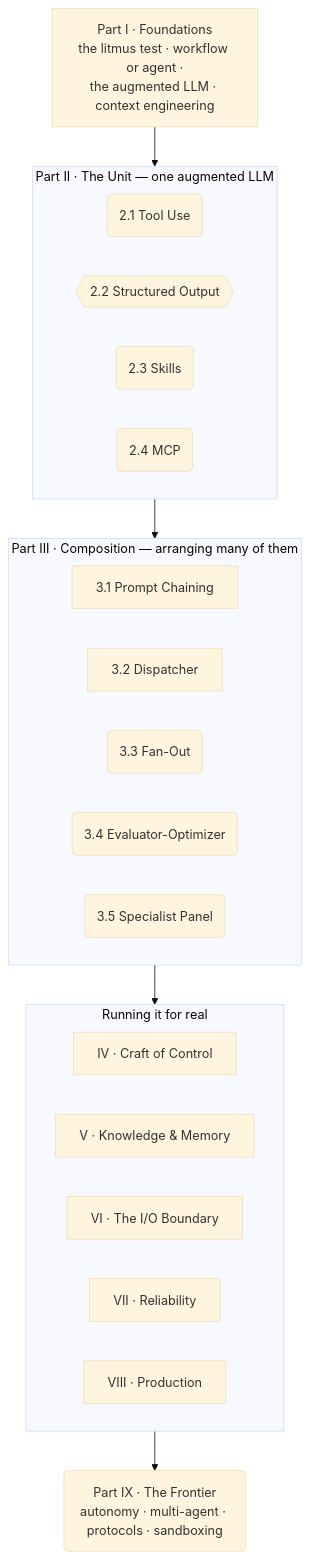
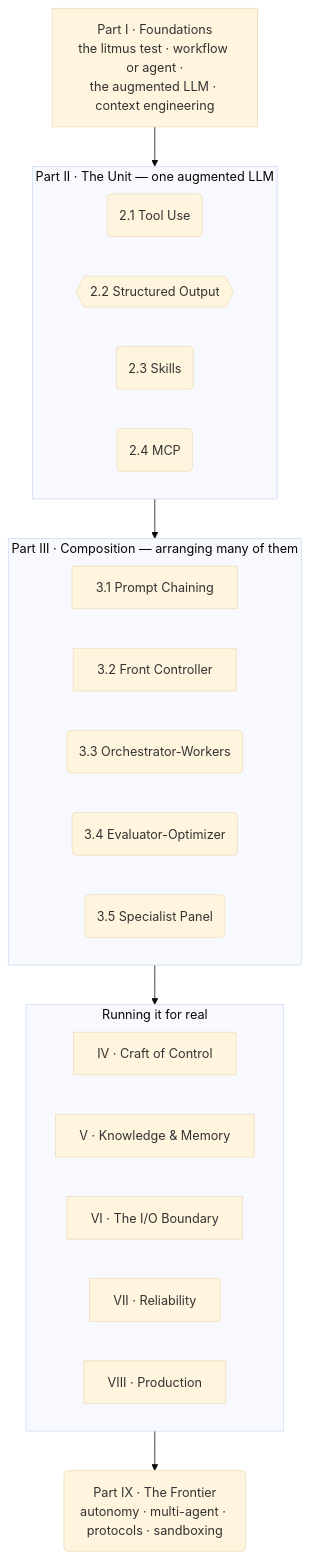
Before and after one commit to AbhiramDwivedi/agentic-engineering: the diagram in docs/index.md, drawn with Mermaid (base theme). The commit also changed 37 other files, not shown here.

````diff
--- a/docs/index.md
+++ b/docs/index.md
@@ -51,37 +51,37 @@
 ```mermaid
 flowchart TB
     F["Part I · Foundations<br>the litmus test · workflow or agent ·<br>the augmented LLM · context engineering"]
 
     subgraph UNIT["Part II · The Unit — one augmented LLM"]
         direction LR
         TU("2.1 Tool Use")
         SO{{"2.2 Structured Output"}}
         SK("2.3 Skills")
         MCP("2.4 MCP")
     end
 
     subgraph COMP["Part III · Composition — arranging many of them"]
         direction LR
         PC["3.1 Prompt Chaining"]
-        RT["3.2 Dispatcher"]
-        FO("3.3 Fan-Out")
+        RT["3.2 Front Controller"]
+        FO("3.3 Orchestrator-Workers")
         EO("3.4 Evaluator-Optimizer")
         SP("3.5 Specialist Panel")
     end
 
     subgraph OPS["Running it for real"]
         direction LR
         C["IV · Craft of Control"]
         K["V · Knowledge & Memory"]
         IO["VI · The I/O Boundary"]
         R["VII · Reliability"]
         P["VIII · Production"]
     end
 
     FR("Part IX · The Frontier<br>autonomy · multi-agent · protocols · sandboxing")
 
     F --> UNIT
     UNIT --> COMP
     COMP --> OPS
     OPS --> FR
 ```
````
